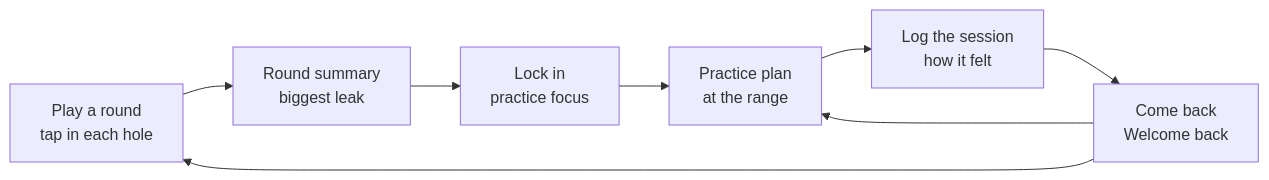
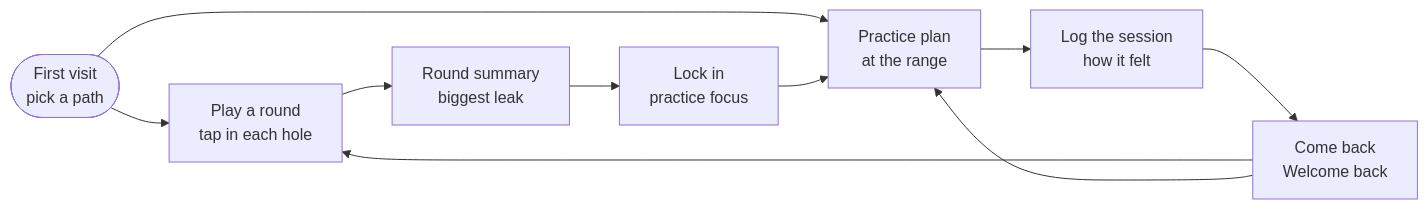
One commit to apham799/DesignBuildShip_Assignment3 changed the first of 5 diagrams in README.md. Above: the diagram before and after it, drawn with Mermaid. The commit also changed other lines of this file and 1 other file, not shown here.

First line of the commit message:
Update flow diagrams for the new onboarding

````diff
--- a/README.md
+++ b/README.md
@@ -17,10 +18,12 @@
 ```mermaid
 flowchart LR
+  S(["First visit<br/>pick a path"]) --> A
+  S --> D
   A["Play a round<br/>tap in each hole"] --> B["Round summary<br/>biggest leak"]
   B --> C["Lock in<br/>practice focus"]
   C --> D["Practice plan<br/>at the range"]
   D --> E["Log the session<br/>how it felt"]
   E --> F["Come back<br/>Welcome back"]
   F --> A
   F --> D
 ```
````
